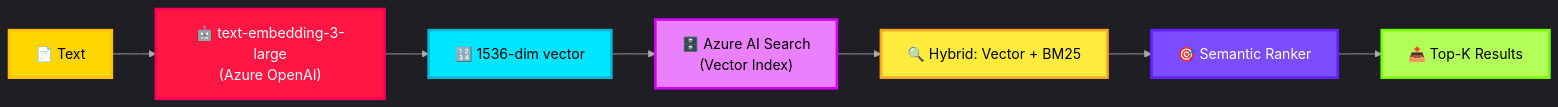
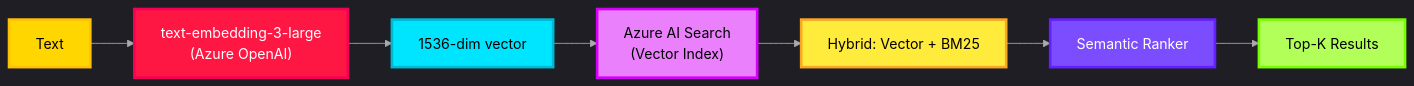
The diagram in docs/06-vector-store.md (thanhauco/agentic-ai-icm-system), drawn with Mermaid before and after one commit. The commit also changed 1 other file, not shown here.

Commit message:
docs: Add initial documentation for all major system components of the agentic AI ICM system.

````diff
--- a/docs/06-vector-store.md
+++ b/docs/06-vector-store.md
@@ -9,18 +9,18 @@
 ```mermaid
 %%{init: {'theme': 'dark', 'themeVariables': {'lineColor': '#AAAAAA'}}}%%
 graph LR
-    A["📄 Text"] --> B["🤖 text-embedding-3-large<br>(Azure OpenAI)"]
-    B --> C["🔢 1536-dim vector"]
-    C --> D["🗄️ Azure AI Search<br>(Vector Index)"]
-    D --> E["🔍 Hybrid: Vector + BM25"]
-    E --> F["🎯 Semantic Ranker"]
-    F --> G["📤 Top-K Results"]
+ A["Text"] --> B["text-embedding-3-large<br>(Azure OpenAI)"]
+ B --> C["1536-dim vector"]
+ C --> D["Azure AI Search<br>(Vector Index)"]
+ D --> E["Hybrid: Vector + BM25"]
+ E --> F["Semantic Ranker"]
+ F --> G["Top-K Results"]
 
-    style A fill:#FFD600,stroke:#FFC107,stroke-width:3px,color:#000
-    style B fill:#FF1744,stroke:#F50057,stroke-width:3px,color:#fff
-    style C fill:#00E5FF,stroke:#00B8D4,stroke-width:3px,color:#000
-    style D fill:#EA80FC,stroke:#D500F9,stroke-width:3px,color:#000
-    style E fill:#FFEB3B,stroke:#F9A825,stroke-width:3px,color:#000
-    style F fill:#7C4DFF,stroke:#651FFF,stroke-width:3px,color:#fff
-    style G fill:#B2FF59,stroke:#76FF03,stroke-width:3px,color:#000
+ style A fill:#FFD600,stroke:#FFC107,stroke-width:3px,color:#000
+ style B fill:#FF1744,stroke:#F50057,stroke-width:3px,color:#fff
+ style C fill:#00E5FF,stroke:#00B8D4,stroke-width:3px,color:#000
+ style D fill:#EA80FC,stroke:#D500F9,stroke-width:3px,color:#000
+ style E fill:#FFEB3B,stroke:#F9A825,stroke-width:3px,color:#000
+ style F fill:#7C4DFF,stroke:#651FFF,stroke-width:3px,color:#fff
+ style G fill:#B2FF59,stroke:#76FF03,stroke-width:3px,color:#000
 ```
````
